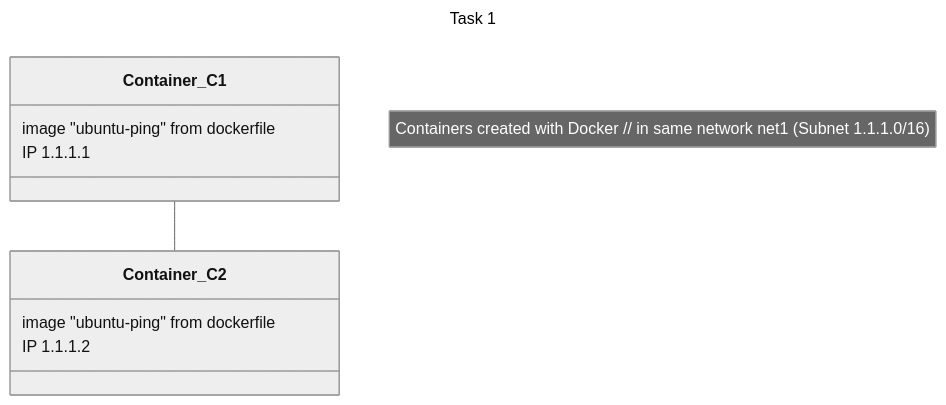
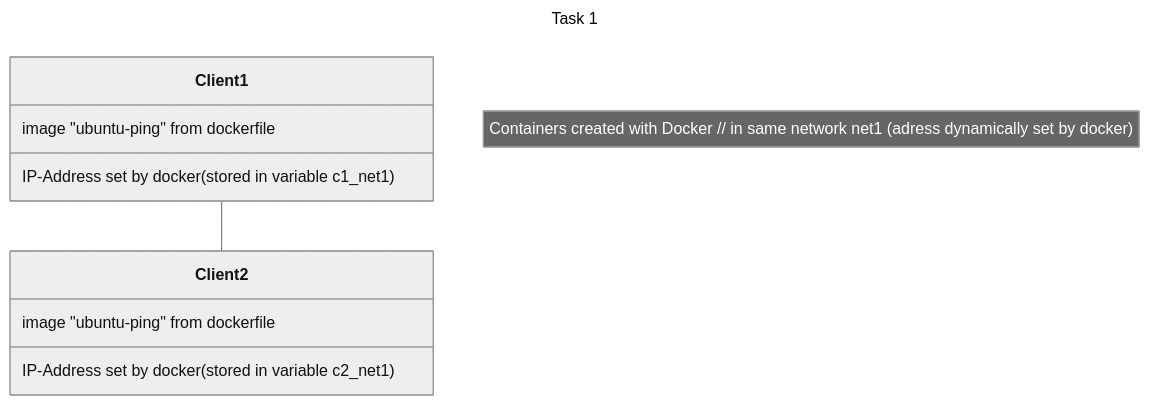
The diagram in Task-1/README.md (cakossowski/Ipo-Tasks), drawn with Mermaid (neutral theme) before and after one commit. The commit also changed other lines of this file, not shown here.

Commit message:
Update README.md
- changed names to match naming convention in repository
- erased static IP-addresses and mentioned variable in which they are stored

````diff
--- a/Task-1/README.md
+++ b/Task-1/README.md
@@ -8,15 +8,15 @@
 ```mermaid
 ---
 title: Task 1
 ---
 classDiagram
-    note "Containers created with Docker // in same network net1 (Subnet 1.1.1.0/16)"
-    Container_C1 -- Container_C2
-    Container_C1 : image "ubuntu-ping" from dockerfile
-    Container_C1 : IP 1.1.1.1
-    Container_C2 : image "ubuntu-ping" from dockerfile
-    Container_C2 : IP 1.1.1.2
+    note "Containers created with Docker // in same network net1 (adress dynamically set by docker)"
+    Client1 -- Client2
+    Client1 : image "ubuntu-ping" from dockerfile
+    Client1 : IP-Address set by docker (stored in variable c1_net1)
+    Client2 : image "ubuntu-ping" from dockerfile
+    Client2 : IP-Address set by docker (stored in variable c2_net1)
 
 
 
 ```
````
